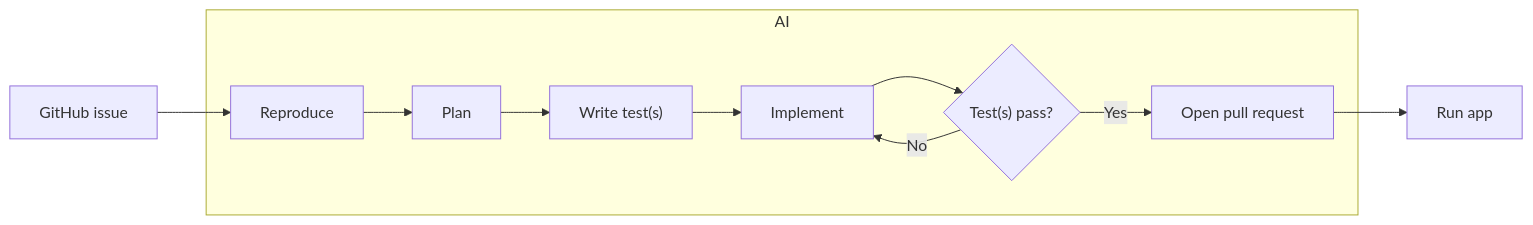
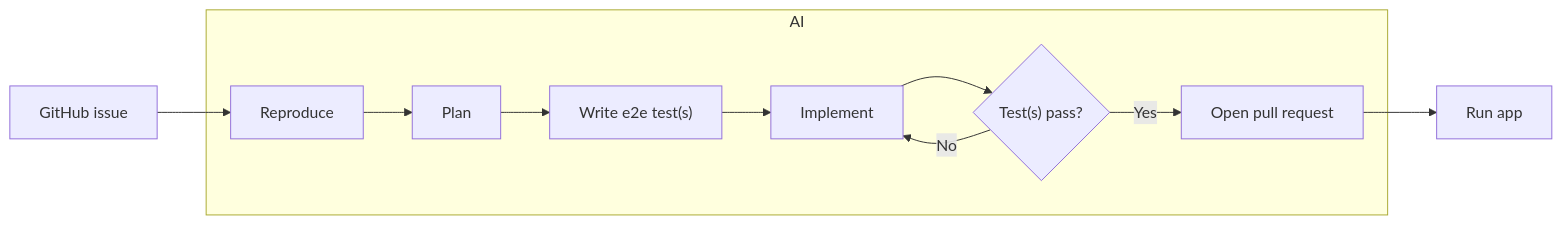
The second of 2 diagrams in DEVELOPMENT_WORKFLOWS.md (ethan-mfb/pomo), drawn with Mermaid before and after one commit.

Commit message:
docs: specify "e2e" in bugfix workflow diagram for clarity

````diff
--- a/DEVELOPMENT_WORKFLOWS.md
+++ b/DEVELOPMENT_WORKFLOWS.md
@@ -21,13 +21,13 @@
 ```mermaid
 flowchart LR
     A[GitHub issue] --> B[Reproduce]
     subgraph AI
         B[Reproduce] --> C[Plan]
-        C --> D["Write test(s)"]
+        C --> D["Write e2e test(s)"]
         D --> E[Implement]
         E --> F{"Test(s) pass?"}
         F -->|No| E
         F -->|Yes| G[Open pull request]
     end
     G --> H[Run app]
 ```
````
